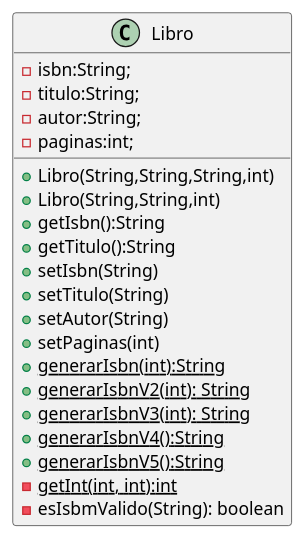
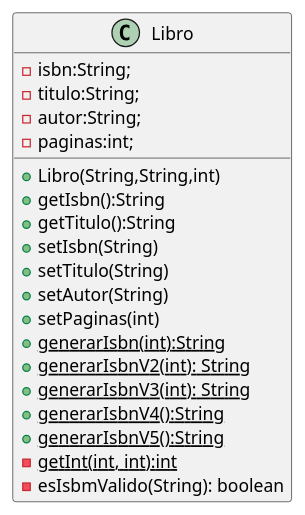
Before and after one commit to FacundoSC/Libros: the diagram in UML/diagramaClases.puml, drawn with PlantUML.

Commit message:
gdgdg
dfgdgdg

```diff
--- a/UML/diagramaClases.puml
+++ b/UML/diagramaClases.puml
@@ -1,23 +1,23 @@
 @startuml
 class Libro {
    -isbn:String;
    -titulo:String;
    -autor:String;
    -paginas:int;
-   +Libro(String,String,String,int)
+
    +Libro(String,String,int)
    +getIsbn():String
    +getTitulo():String
    +setIsbn(String)
    +setTitulo(String)
    +setAutor(String)
    +setPaginas(int)
    +{static}generarIsbn(int):String
    +{static}generarIsbnV2(int): String
    +{static}generarIsbnV3(int): String
    +{static}generarIsbnV4():String
    +{static}generarIsbnV5():String
    -{static}getInt(int, int):int
    - esIsbmValido(String): boolean
 }
 @enduml
```
